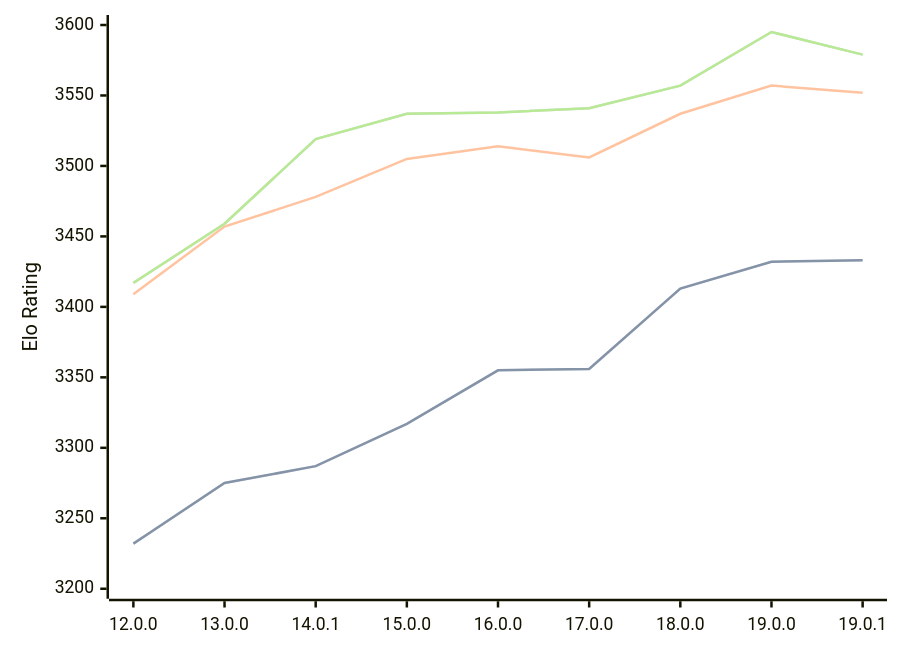
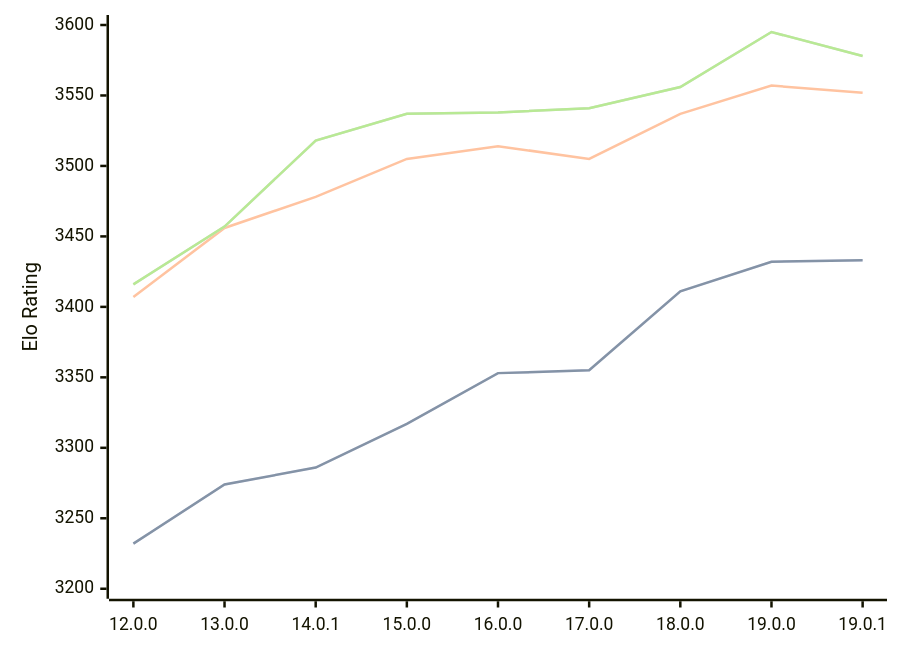
Before and after one commit to computer-chess-index/cci: the diagram in engines/Viridithas.md, drawn with Mermaid. The commit also changed other lines of this file, not shown here.

Commit message:
Update CCI Ratings (ELO VLTC) - 2026-04-06

````diff
--- a/engines/Viridithas.md
+++ b/engines/Viridithas.md
@@ -63,11 +63,11 @@
 ```mermaid
 %%{init: {"theme":"base","themeVariables":{"seriesColors:['#a3a3a3','#222221','#faa371']}}}%%
 xychart-beta
   x-axis ["12.0.0", "13.0.0", "14.0.1", "15.0.0", "16.0.0", "17.0.0", "18.0.0", "19.0.0", "19.0.1"]
   y-axis "Elo Rating" 3200 --> 3600
-  line "STC (8.0+0.08s)" [3232, 3275, 3287, 3317, 3355, 3356, 3413, 3432, 3433]
-  line "STC (8.0+0.08s)" [3232, 3275, 3287, 3317, 3355, 3356, 3413, 3432, 3433]
-  line "LTC (60.0+0.60s)" [3409, 3457, 3478, 3505, 3514, 3506, 3537, 3557, 3552]
-  line "VLTC (2m24s+1.12s)" [3417, 3459, 3519, 3537, 3538, 3541, 3557, 3595, 3579]
-  line "VLTC (2m24s+1.12s)" [3417, 3459, 3519, 3537, 3538, 3541, 3557, 3595, 3579]
+  line "STC (8.0+0.08s)" [3232, 3274, 3286, 3317, 3353, 3355, 3411, 3432, 3433]
+  line "STC (8.0+0.08s)" [3232, 3274, 3286, 3317, 3353, 3355, 3411, 3432, 3433]
+  line "LTC (60.0+0.60s)" [3407, 3456, 3478, 3505, 3514, 3505, 3537, 3557, 3552]
+  line "VLTC (2m24s+1.12s)" [3416, 3457, 3518, 3537, 3538, 3541, 3556, 3595, 3578]
+  line "VLTC (2m24s+1.12s)" [3416, 3457, 3518, 3537, 3538, 3541, 3556, 3595, 3578]
 ```
````
